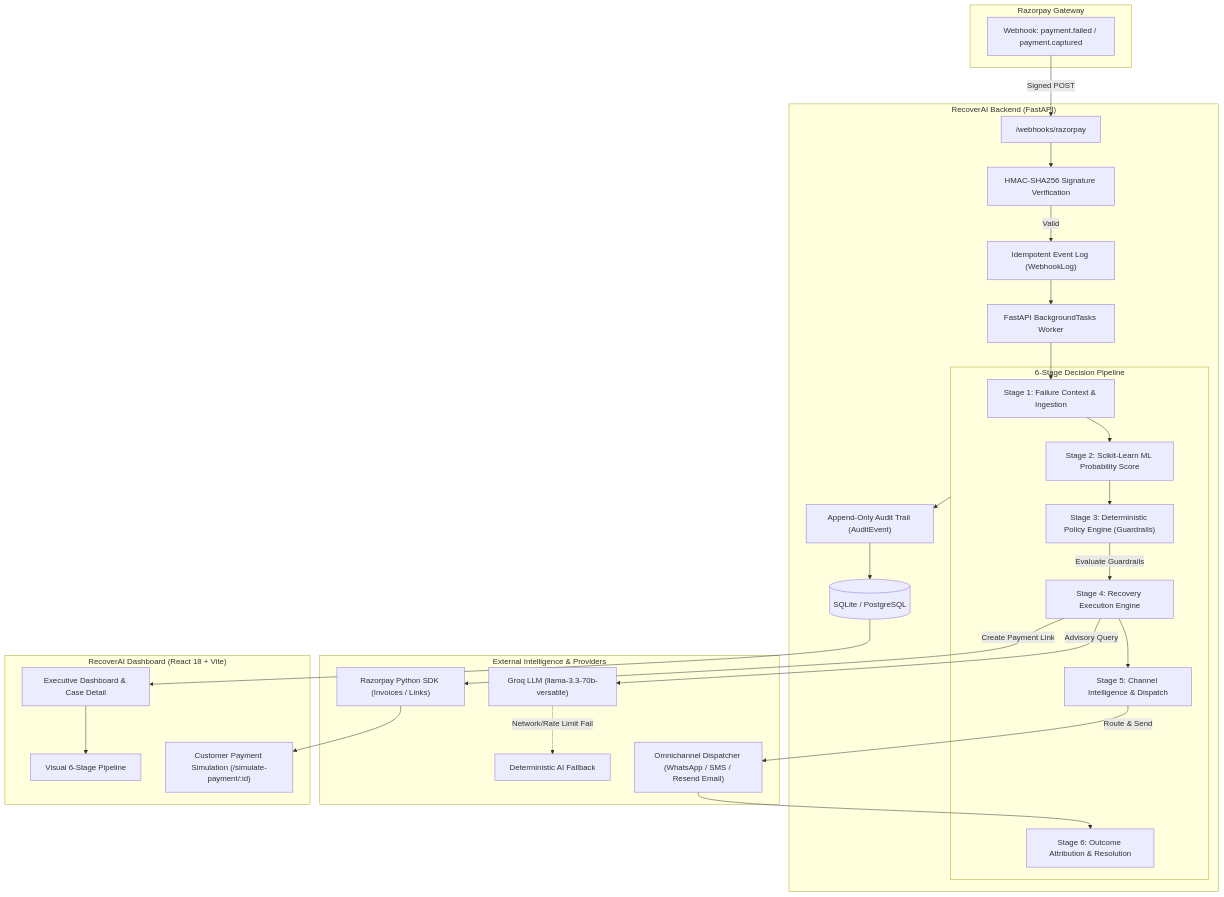
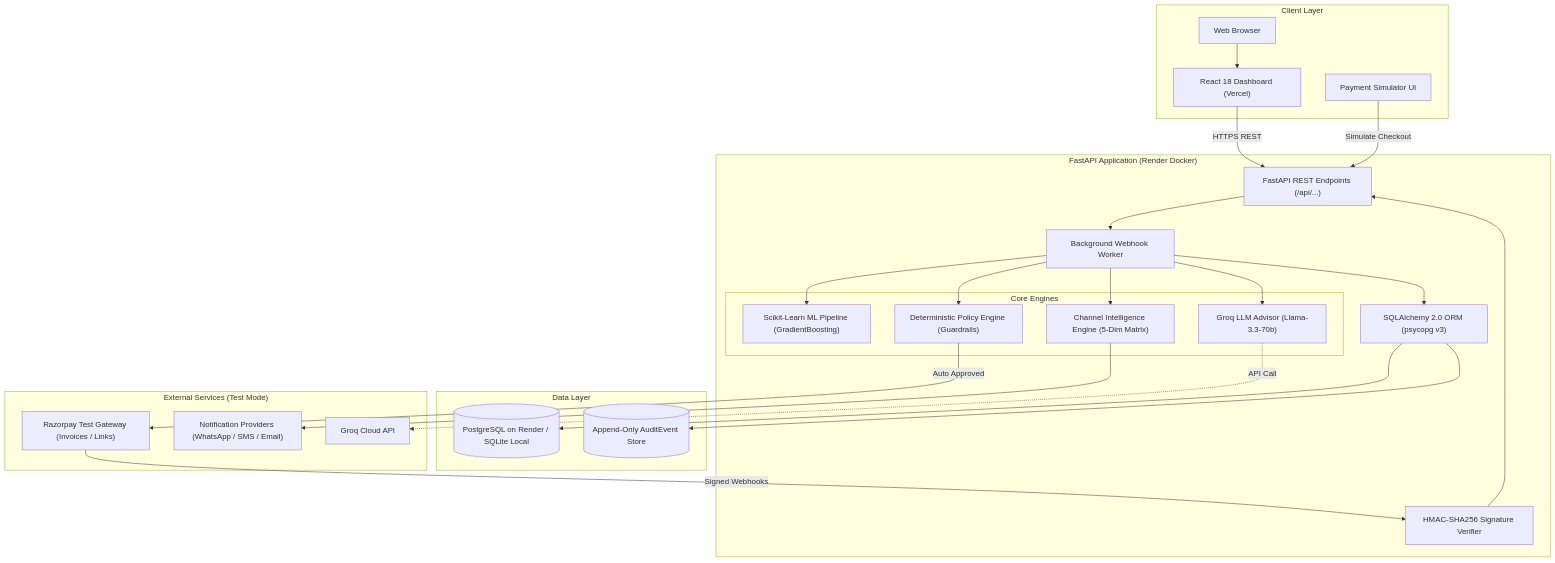
The diagram in README.md (Code-with-pratik-07/Razorpay), drawn with Mermaid before and after one commit. The commit also changed other lines of this file, not shown here.

````diff
--- a/README.md
+++ b/README.md
@@ -68,59 +156,55 @@
 ```mermaid
 flowchart TD
-    subgraph RazorpayGateway ["Razorpay Gateway"]
-        WH["Webhook: payment.failed / payment.captured"]
+    subgraph ClientLayer ["Client Layer"]
+        BROWSER["Web Browser"]
+        DASHBOARD["React 18 Dashboard (Vercel)"]
+        PAY_SIM["Payment Simulator UI"]
     end
 
-    subgraph BackendApp ["RecoverAI Backend (FastAPI)"]
-        EP["/webhooks/razorpay"]
-        HMAC["HMAC-SHA256 Signature Verification"]
-        IDEMP["Idempotent Event Log (WebhookLog)"]
-        BG["FastAPI BackgroundTasks Worker"]
-        
-        subgraph Pipeline ["6-Stage Decision Pipeline"]
-            S1["Stage 1: Failure Context & Ingestion"]
-            S2["Stage 2: Scikit-Learn ML Probability Score"]
-            S3["Stage 3: Deterministic Policy Engine (Guardrails)"]
-            S4["Stage 4: Recovery Execution Engine"]
-            S5["Stage 5: Channel Intelligence & Dispatch"]
-            S6["Stage 6: Outcome Attribution & Resolution"]
+    subgraph BackendLayer ["FastAPI Application (Render Docker)"]
+        API["FastAPI REST Endpoints (/api/...)"]
+        AUTH_HMAC["HMAC-SHA256 Signature Verifier"]
+        WORKER["Background Webhook Worker"]
+
+        subgraph CoreEngines ["Core Engines"]
+            ML["Scikit-Learn ML Pipeline (GradientBoosting)"]
+            POLICY["Deterministic Policy Engine (Guardrails)"]
+            CHANNEL["Channel Intelligence Engine (5-Dim Matrix)"]
+            GROQ_SVC["Groq LLM Advisor (Llama-3.3-70b)"]
         end
 
-        AUDIT["Append-Only Audit Trail (AuditEvent)"]
-        DB[(SQLite / PostgreSQL)]
+        DB_ORM["SQLAlchemy 2.0 ORM (psycopg v3)"]
     end
 
-    subgraph ExternalServices ["External Intelligence & Providers"]
-        GROQ["Groq LLM (llama-3.3-70b-versatile)"]
-        FALLBACK["Deterministic AI Fallback"]
-        RZP_SDK["Razorpay Python SDK (Invoices / Links)"]
-        COMM_PROV["Omnichannel Dispatcher (WhatsApp / SMS / Resend Email)"]
+    subgraph DataStorage ["Data Layer"]
+        PG[(PostgreSQL on Render / SQLite Local)]
+        AUDIT_LOG[(Append-Only AuditEvent Store)]
     end
 
-    subgraph FrontendUI ["RecoverAI Dashboard (React 18 + Vite)"]
-        UI["Executive Dashboard & Case Detail"]
-        PIPE_UI["Visual 6-Stage Pipeline"]
-        PAY_SIM["Customer Payment Simulation (/simulate-payment/:id)"]
+    subgraph ExternalProviders ["External Services (Test Mode)"]
+        RZP["Razorpay Test Gateway (Invoices / Links)"]
+        COMM_PROV["Notification Providers (WhatsApp / SMS / Email)"]
+        GROQ_API["Groq Cloud API"]
     end
 
-    WH -->|Signed POST| EP
-    EP --> HMAC
-    HMAC -->|Valid| IDEMP
-    IDEMP --> BG
-    BG --> S1
-    S1 --> S2
-    S2 --> S3
-    S3 -->|Evaluate Guardrails| S4
-    S4 -->|Advisory Query| GROQ
-    GROQ -.->|Network/Rate Limit Fail| FALLBACK
-    S4 -->|Create Payment Link| RZP_SDK
-    S4 --> S5
-    S5 -->|Route & Send| COMM_PROV
-    COMM_PROV --> S6
-    
-    Pipeline --> AUDIT
-    AUDIT --> DB
-    DB --> UI
-    UI --> PIPE_UI
-    RZP_SDK --> PAY_SIM
+    BROWSER --> DASHBOARD
+    DASHBOARD -->|HTTPS REST| API
+    PAY_SIM -->|Simulate Checkout| API
+
+    RZP -->|Signed Webhooks| AUTH_HMAC
+    AUTH_HMAC --> API
+    API --> WORKER
+
+    WORKER --> ML
+    WORKER --> POLICY
+    WORKER --> GROQ_SVC
+    GROQ_SVC -.->|API Call| GROQ_API
+    WORKER --> CHANNEL
+
+    POLICY -->|Auto Approved| RZP
+    CHANNEL --> COMM_PROV
+
+    WORKER --> DB_ORM
+    DB_ORM --> PG
+    DB_ORM --> AUDIT_LOG
 ```
````
